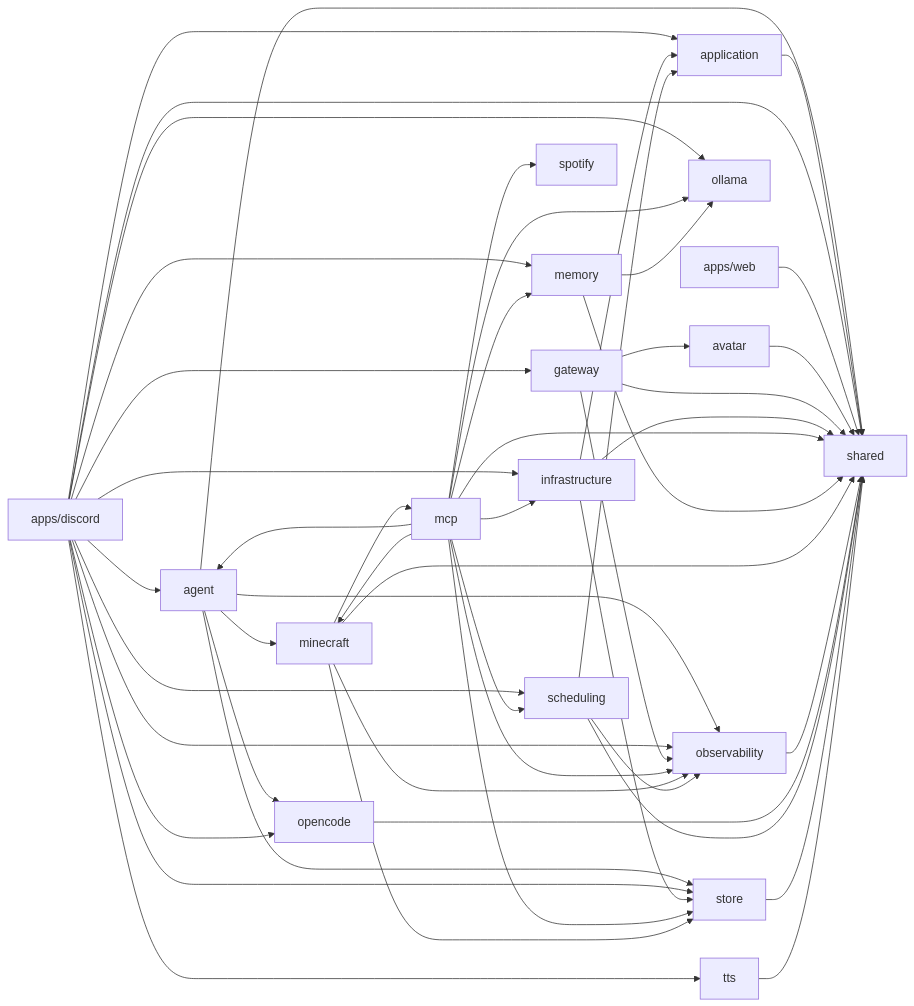
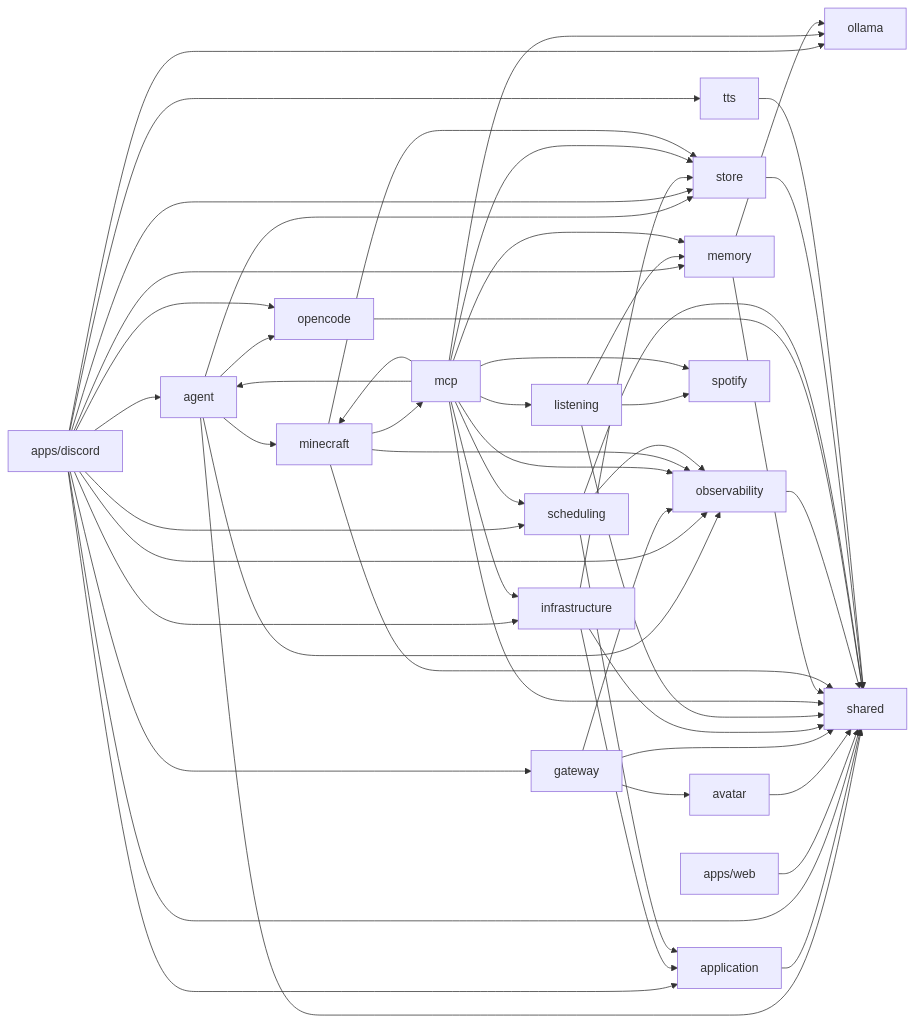
Before and after one commit to OJII3/vicissitude: the diagram in docs/DEPS.md, drawn with Mermaid. The commit also changed other lines of this file and 19 other files, not shown here.

First line of the commit message:
feat(listening): #478 楽曲の理解 & 記憶連携（Genius + Memory MCP ツール） (#505)

````diff
--- a/docs/DEPS.md
+++ b/docs/DEPS.md
@@ -7,55 +7,59 @@
 ```mermaid
 graph LR
   agent --> minecraft
   agent --> observability
   agent --> opencode
   agent --> shared
   agent --> store
   application --> shared
   apps_discord["apps/discord"] --> agent
   apps_discord["apps/discord"] --> application
   apps_discord["apps/discord"] --> gateway
   apps_discord["apps/discord"] --> infrastructure
   apps_discord["apps/discord"] --> memory
   apps_discord["apps/discord"] --> observability
   apps_discord["apps/discord"] --> ollama
   apps_discord["apps/discord"] --> opencode
   apps_discord["apps/discord"] --> scheduling
   apps_discord["apps/discord"] --> shared
   apps_discord["apps/discord"] --> store
   apps_discord["apps/discord"] --> tts
   apps_web["apps/web"] --> shared
   avatar --> shared
   gateway --> avatar
   gateway --> observability
   gateway --> shared
   infrastructure --> application
   infrastructure --> shared
   infrastructure --> store
+  listening --> memory
+  listening --> shared
+  listening --> spotify
   mcp --> agent
   mcp --> infrastructure
+  mcp --> listening
   mcp --> memory
   mcp --> minecraft
   mcp --> observability
   mcp --> ollama
   mcp --> scheduling
   mcp --> shared
   mcp --> spotify
   mcp --> store
   memory --> ollama
   memory --> shared
   minecraft --> mcp
   minecraft --> observability
   minecraft --> shared
   minecraft --> store
   observability --> shared
   ollama
   opencode --> shared
   scheduling --> application
   scheduling --> observability
   scheduling --> shared
   shared
   spotify
   store --> shared
   tts --> shared
 ```
````
